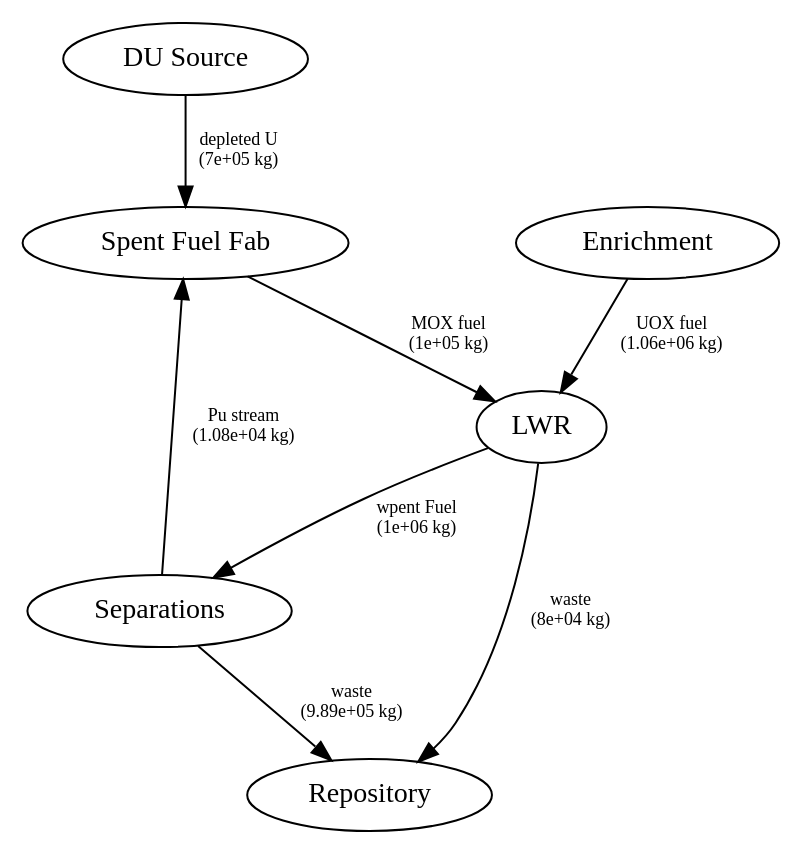
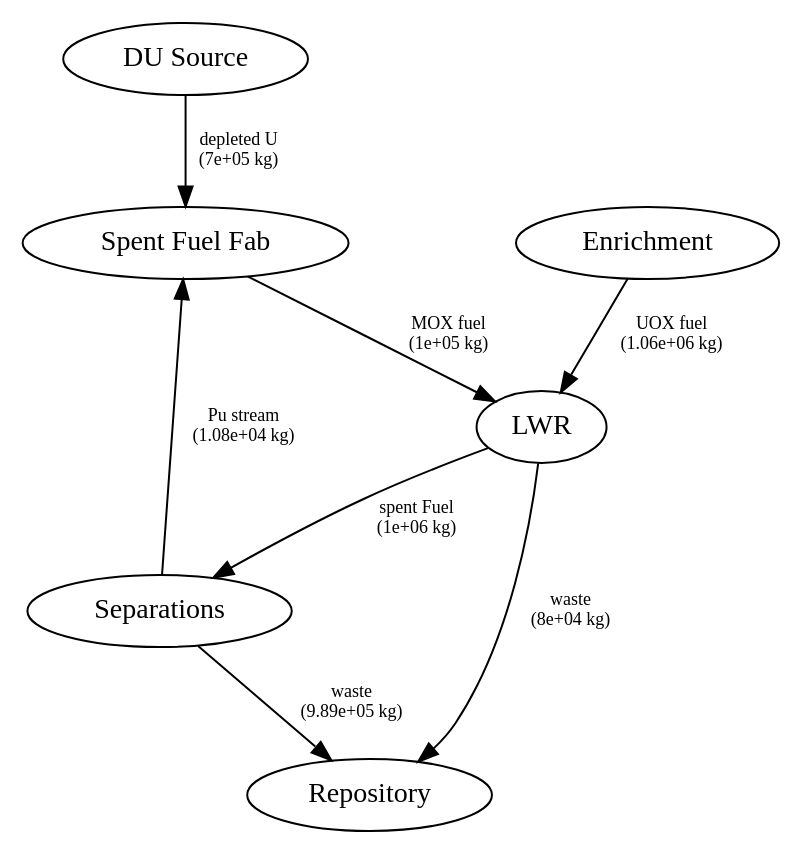
Before and after one commit to cyclus/fundamentals-paper: the diagram in recycle/mod-open-1.dot, drawn with Graphviz. The commit also changed 1 other file, not shown here.

Commit message:
Fix type of modified open flow diagram.

```diff
--- a/recycle/mod-open-1.dot
+++ b/recycle/mod-open-1.dot
@@ -1,12 +1,12 @@
 digraph ResourceFlows {
     overlap = false;
     nodesep=1.0;
     edge [fontsize=9];
     "DU Source" -> "Spent Fuel Fab" [label="depleted U\n(7e+05 kg)"];
     "Enrichment" -> "LWR" [label="UOX fuel\n(1.06e+06 kg)"];
     "LWR" -> "Repository" [label="waste\n(8e+04 kg)"];
-    "LWR" -> "Separations" [label="wpent Fuel\n(1e+06 kg)"];
+    "LWR" -> "Separations" [label="spent Fuel\n(1e+06 kg)"];
     "Separations" -> "Repository" [label="waste\n(9.89e+05 kg)"];
     "Separations" -> "Spent Fuel Fab" [label="Pu stream\n(1.08e+04 kg)"];
     "Spent Fuel Fab" -> "LWR" [label="MOX fuel\n(1e+05 kg)"];
 }
```
